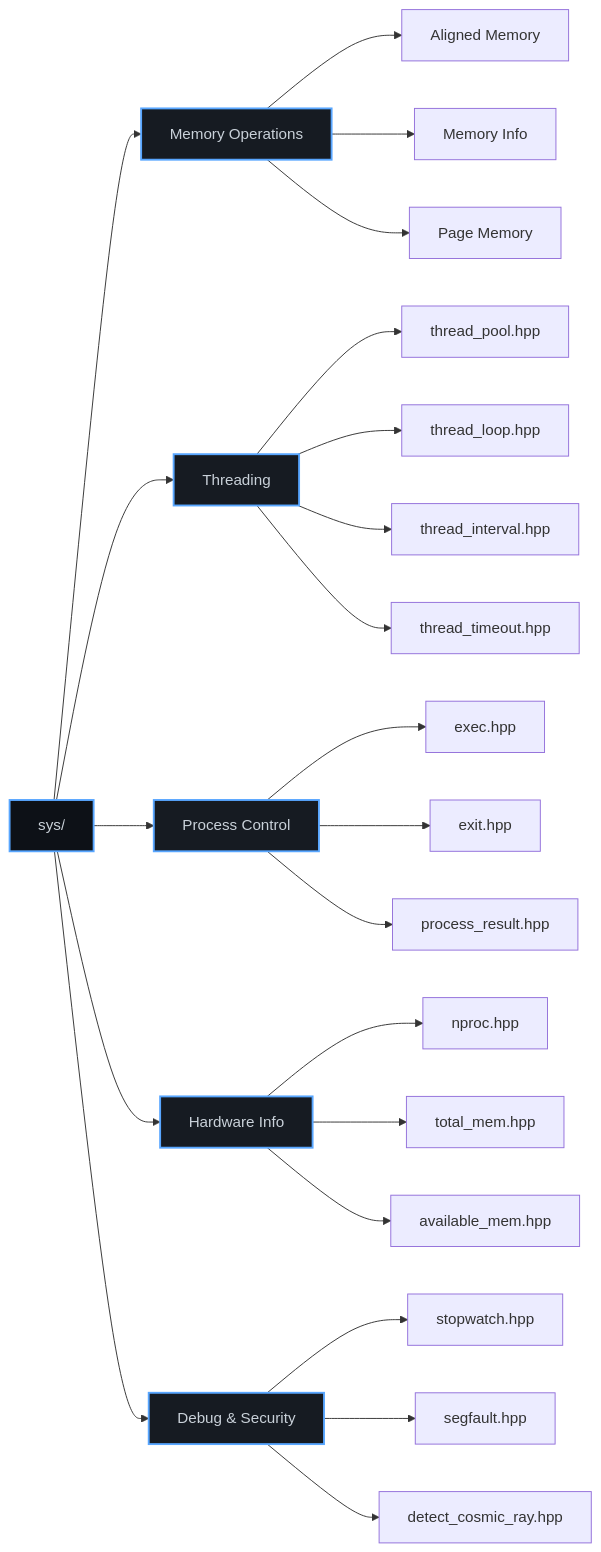
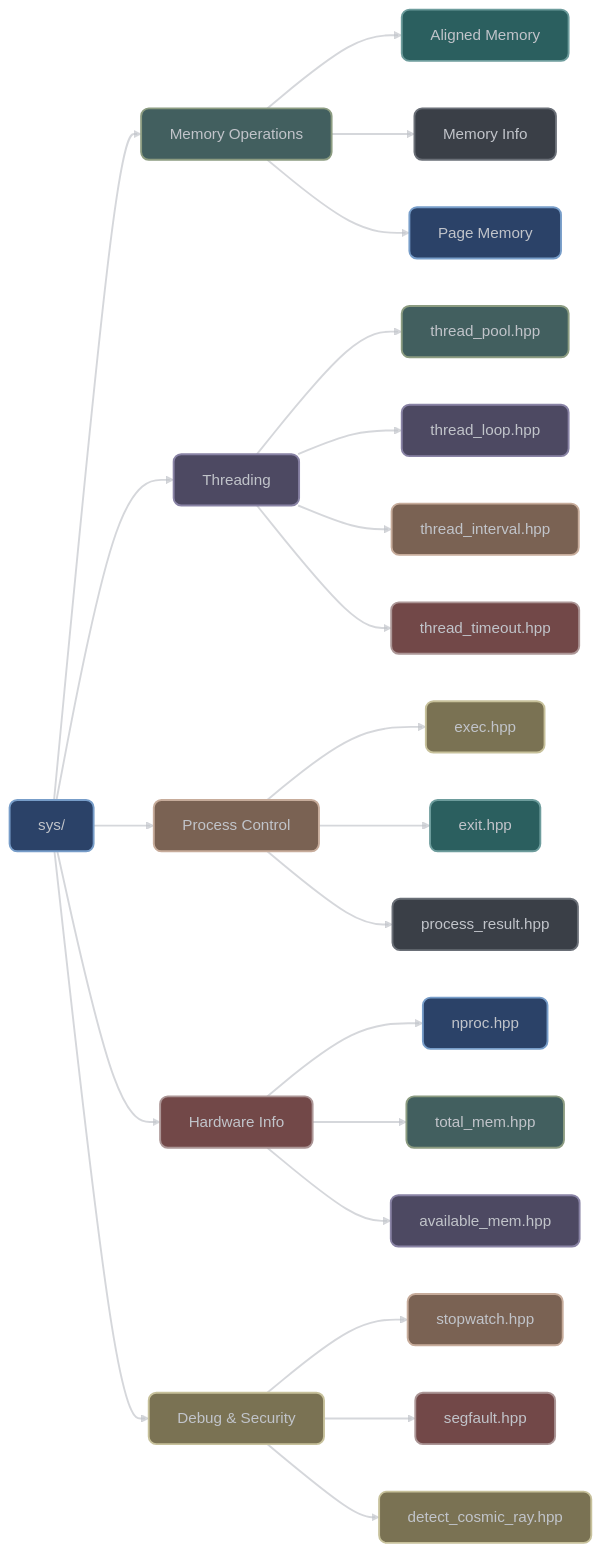
Before and after one commit to vorlac/xieite: the first of 3 diagrams in docs/src/categories/sys/README.md, drawn with Mermaid. The commit also changed other lines of this file and 44 other files, not shown here.

````diff
--- a/docs/src/categories/sys/README.md
+++ b/docs/src/categories/sys/README.md
@@ -7,4 +7,33 @@
 ```mermaid
+---
+config:
+    theme: 'base'
+    curve: 'straight'
+    themeVariables:
+        darkMode: true
+        clusterBkg: '#22272f62'
+        clusterBorder: '#6a6f77ff'
+        clusterTextColor: '#6a6f77ff'
+        lineColor: '#C1C4CAAA'
+        background: '#262B33'
+        primaryColor: '#2b4268ff'
+        primaryTextColor: '#C1C4CAff'
+        primaryBorderColor: '#6a6f77ff'
+        primaryLabelBkg: '#262B33'
+        secondaryColor: '#425f5fff'
+        secondaryBorderColor: '#8c9c81ff'
+        secondaryTextColor: '#C1C4CAff'
+        tertiaryColor: '#4d4962ff'
+        tertiaryBorderColor: '#8983a5ff'
+        tertiaryTextColor: '#eeeeee55'
+        nodeTextColor: '#C1C4CA'
+        defaultLinkColor: '#C1C4CA'
+        edgeLabelBackground: '#262B33'
+        edgeLabelBorderColor: '#C1C4CA'
+        labelTextColor: '#C1C4CA'
+        errorBkgColor: '#724848ff'
+        errorTextColor: '#C1C4CA'
+---
 graph LR
     Sys[sys/]
 
@@ -35,10 +64,28 @@
     Debug --> segfault[segfault.hpp]
     Debug --> cosmic_ray[detect_cosmic_ray.hpp]
 
-    style Sys fill:#0d1117,stroke:#58a6ff,stroke-width:2px,color:#c9d1d9
-    style Memory fill:#161b22,stroke:#58a6ff,stroke-width:2px,color:#c9d1d9
-    style Threading fill:#161b22,stroke:#58a6ff,stroke-width:2px,color:#c9d1d9
-    style Process fill:#161b22,stroke:#58a6ff,stroke-width:2px,color:#c9d1d9
-    style Hardware fill:#161b22,stroke:#58a6ff,stroke-width:2px,color:#c9d1d9
-    style Debug fill:#161b22,stroke:#58a6ff,stroke-width:2px,color:#c9d1d9
+linkStyle default stroke:#C1C4CAaa,stroke-width:2px,color:#C1C4CAaa
+
+style Sys fill:#2b4268ff,stroke:#779DC9ff,stroke-width:2px,color:#C1C4CA,rx:8,ry:8
+style Memory fill:#425f5fff,stroke:#8c9c81ff,stroke-width:2px,color:#C1C4CA,rx:8,ry:8
+style Threading fill:#4d4962ff,stroke:#8983a5ff,stroke-width:2px,color:#C1C4CA,rx:8,ry:8
+style Process fill:#7a6253ff,stroke:#c7ac9bff,stroke-width:2px,color:#C1C4CA,rx:8,ry:8
+style Hardware fill:#724848ff,stroke:#ac9696ff,stroke-width:2px,color:#C1C4CA,rx:8,ry:8
+style Debug fill:#7a7253ff,stroke:#c7c19bff,stroke-width:2px,color:#C1C4CA,rx:8,ry:8
+style aligned_mem fill:#2b5f5fff,stroke:#6d9c9cff,stroke-width:2px,color:#C1C4CA,rx:8,ry:8
+style mem_info fill:#3a3f47ff,stroke:#6a6f77ff,stroke-width:2px,color:#C1C4CA,rx:8,ry:8
+style page_mem fill:#2b4268ff,stroke:#779DC9ff,stroke-width:2px,color:#C1C4CA,rx:8,ry:8
+style thread_pool fill:#425f5fff,stroke:#8c9c81ff,stroke-width:2px,color:#C1C4CA,rx:8,ry:8
+style thread_loop fill:#4d4962ff,stroke:#8983a5ff,stroke-width:2px,color:#C1C4CA,rx:8,ry:8
+style thread_interval fill:#7a6253ff,stroke:#c7ac9bff,stroke-width:2px,color:#C1C4CA,rx:8,ry:8
+style thread_timeout fill:#724848ff,stroke:#ac9696ff,stroke-width:2px,color:#C1C4CA,rx:8,ry:8
+style exec fill:#7a7253ff,stroke:#c7c19bff,stroke-width:2px,color:#C1C4CA,rx:8,ry:8
+style exit fill:#2b5f5fff,stroke:#6d9c9cff,stroke-width:2px,color:#C1C4CA,rx:8,ry:8
+style process_result fill:#3a3f47ff,stroke:#6a6f77ff,stroke-width:2px,color:#C1C4CA,rx:8,ry:8
+style nproc fill:#2b4268ff,stroke:#779DC9ff,stroke-width:2px,color:#C1C4CA,rx:8,ry:8
+style total_mem fill:#425f5fff,stroke:#8c9c81ff,stroke-width:2px,color:#C1C4CA,rx:8,ry:8
+style available_mem fill:#4d4962ff,stroke:#8983a5ff,stroke-width:2px,color:#C1C4CA,rx:8,ry:8
+style stopwatch fill:#7a6253ff,stroke:#c7ac9bff,stroke-width:2px,color:#C1C4CA,rx:8,ry:8
+style segfault fill:#724848ff,stroke:#ac9696ff,stroke-width:2px,color:#C1C4CA,rx:8,ry:8
+style cosmic_ray fill:#7a7253ff,stroke:#c7c19bff,stroke-width:2px,color:#C1C4CA,rx:8,ry:8
 ```
````
